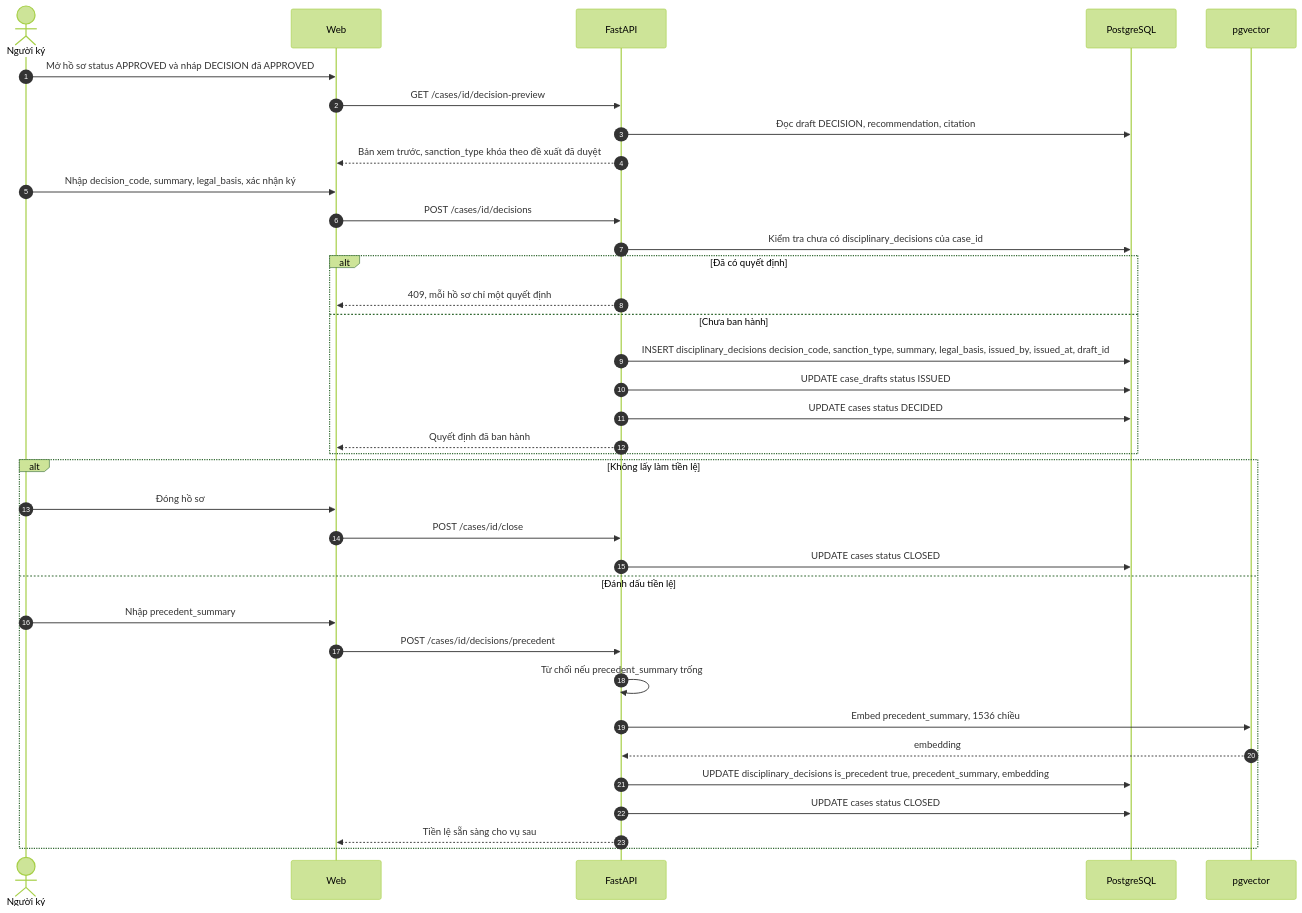
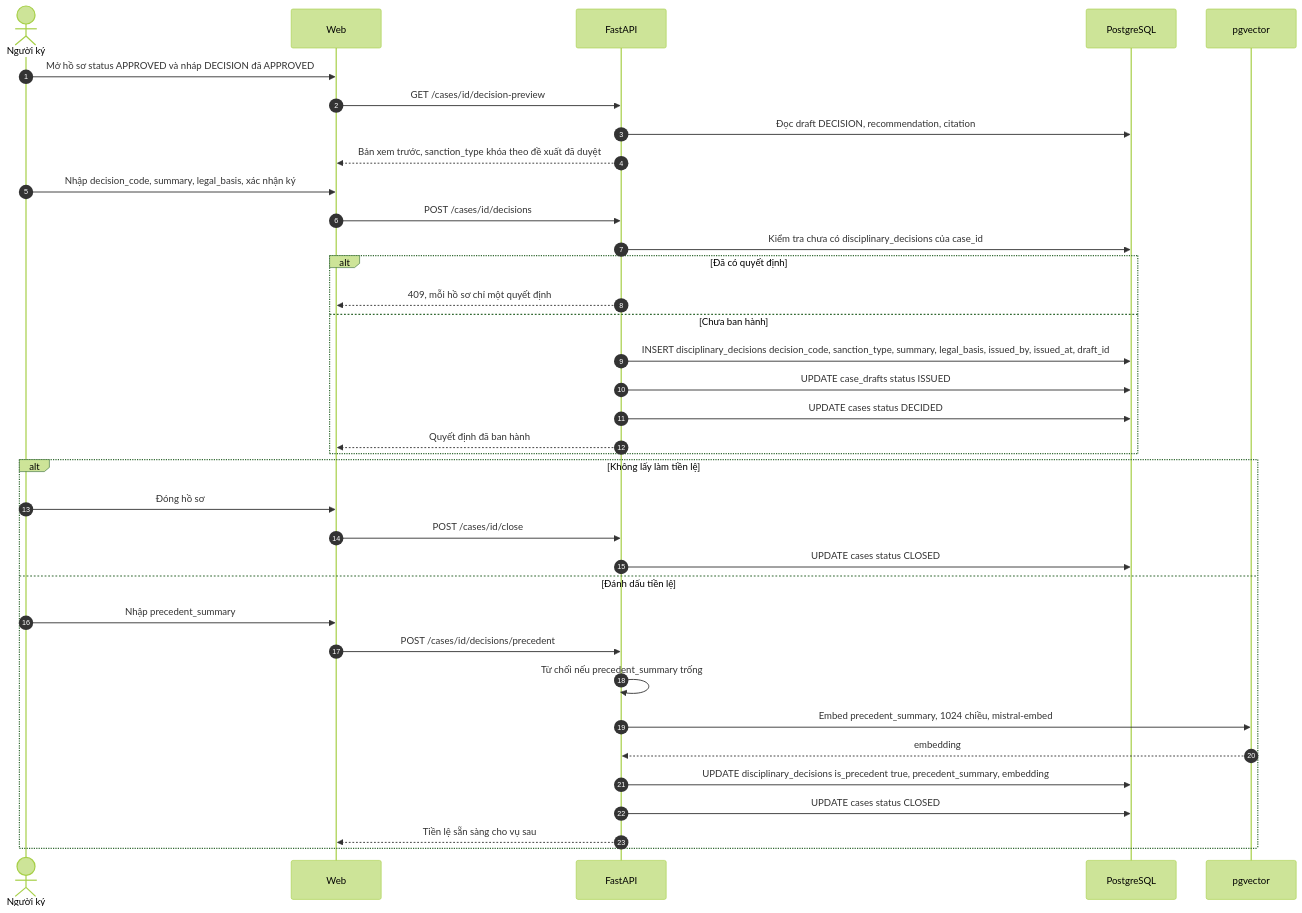
One commit to Tuan-Nguyen-Minhh/HRHelp changed diagram 11 of 15 in docs/features/features.md. Above: the diagram before and after it, drawn with Mermaid (forest theme). The commit also changed other lines of this file and 7 other files, not shown here.

````diff
--- a/docs/features/features.md
+++ b/docs/features/features.md
@@ -565,39 +577,39 @@
 ```mermaid
 sequenceDiagram
     autonumber
     actor SG as Người ký
     participant UI as Web
     participant API as FastAPI
     participant DB as PostgreSQL
     participant VS as pgvector
 
     SG->>UI: Mở hồ sơ status APPROVED và nháp DECISION đã APPROVED
     UI->>API: GET /cases/id/decision-preview
     API->>DB: Đọc draft DECISION, recommendation, citation
     API-->>UI: Bản xem trước, sanction_type khóa theo đề xuất đã duyệt
     SG->>UI: Nhập decision_code, summary, legal_basis, xác nhận ký
     UI->>API: POST /cases/id/decisions
     API->>DB: Kiểm tra chưa có disciplinary_decisions của case_id
     alt Đã có quyết định
         API-->>UI: 409, mỗi hồ sơ chỉ một quyết định
     else Chưa ban hành
         API->>DB: INSERT disciplinary_decisions decision_code, sanction_type, summary, legal_basis, issued_by, issued_at, draft_id
         API->>DB: UPDATE case_drafts status ISSUED
         API->>DB: UPDATE cases status DECIDED
         API-->>UI: Quyết định đã ban hành
     end
     alt Không lấy làm tiền lệ
         SG->>UI: Đóng hồ sơ
         UI->>API: POST /cases/id/close
         API->>DB: UPDATE cases status CLOSED
     else Đánh dấu tiền lệ
         SG->>UI: Nhập precedent_summary
         UI->>API: POST /cases/id/decisions/precedent
         API->>API: Từ chối nếu precedent_summary trống
-        API->>VS: Embed precedent_summary, 1536 chiều
+        API->>VS: Embed precedent_summary, 1024 chiều, mistral-embed
         VS-->>API: embedding
         API->>DB: UPDATE disciplinary_decisions is_precedent true, precedent_summary, embedding
         API->>DB: UPDATE cases status CLOSED
         API-->>UI: Tiền lệ sẵn sàng cho vụ sau
     end
 ```
````
